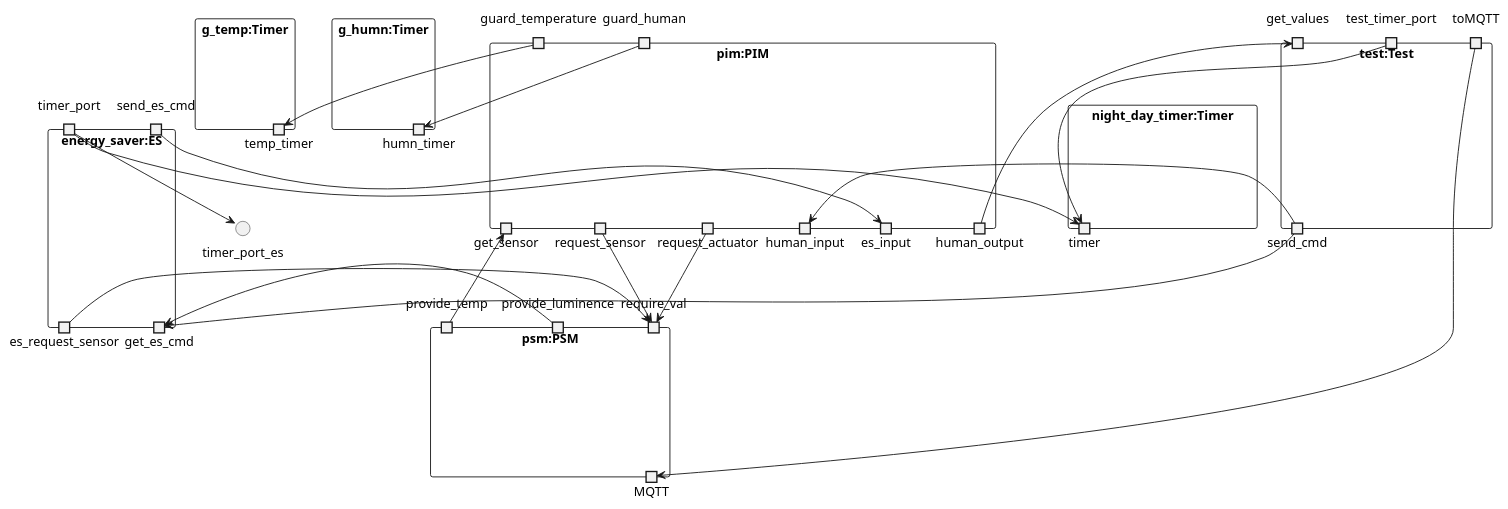
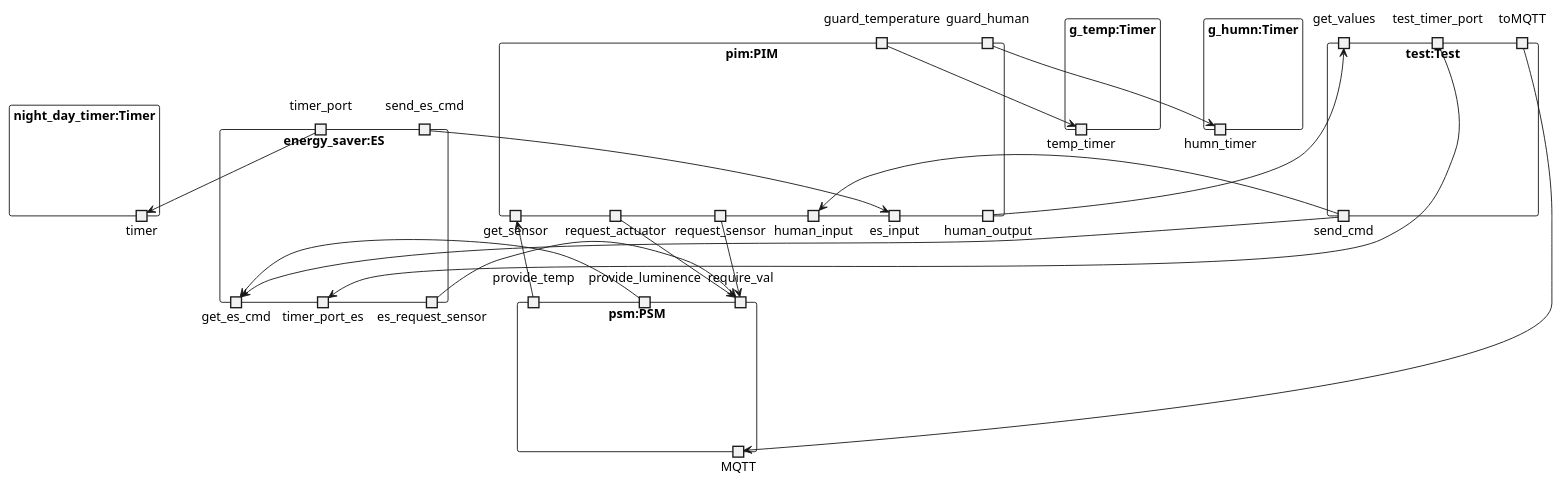
One commit to Tobhal/HIOF-Models-and-Digital-Twins changed the diagram in Oblig1/TheRoomX3D2.MQTT.sim/Diagrams/new - architecture test.plantuml. Above: the diagram before and after it, drawn with PlantUML. The commit also changed 1 other file, not shown here.

Commit message:
Update to diagrams

```diff
--- a/Oblig1/TheRoomX3D2.MQTT.sim/Diagrams/new - architecture test.plantuml
+++ b/Oblig1/TheRoomX3D2.MQTT.sim/Diagrams/new - architecture test.plantuml
@@ -1,89 +1,89 @@
 @startuml X3D2_MQTT_SIM
 
 rectangle night_day_timer:Timer {
     portout timer
 }
 
 rectangle g_temp:Timer {
     portout temp_timer
 }
 
 rectangle g_humn:Timer {
     portout humn_timer
 }
 
 'PIM
 rectangle pim:PIM {
     portout get_sensor
     portout request_sensor
     portout request_actuator
     portout human_input
     portout human_output
 
     portout es_input
 
     'guards
     port guard_temperature
     port guard_human
 }
 
 'PSM
 rectangle psm:PSM {
     portin provide_temp
     portin provide_luminence
     portin require_val
 
     portout MQTT
 }
 
 'energy saver
 rectangle energy_saver:ES {
     portin send_es_cmd
+
     portin timer_port
 
     portout get_es_cmd
+
     'es prefix for clarity
     portout es_request_sensor
+
+    portout timer_port_es
 }
 
 rectangle test:Test {
     portin get_values
     
     portout send_cmd
 
     port toMQTT
     'test prefix for clarity
     port test_timer_port
 }
 
 'PSM
 provide_temp --> get_sensor
 provide_luminence --> get_es_cmd
 
 'Simulation
 toMQTT --> MQTT
 
 'Human
 send_cmd --> human_input
 send_cmd --> get_es_cmd
+test_timer_port --> timer_port_es
 
 'ES
+timer_port --> timer
 send_es_cmd --> es_input
-timer_port --> timer
 es_request_sensor --> require_val
-
-timer_port --> timer_port_es
 
 'PIM
 request_sensor --> require_val
 request_actuator --> require_val
 
 human_output --> get_values
 
 guard_temperature --> temp_timer
 guard_human --> humn_timer
 
-'Test
-test_timer_port --> timer
-
 @enduml
```
